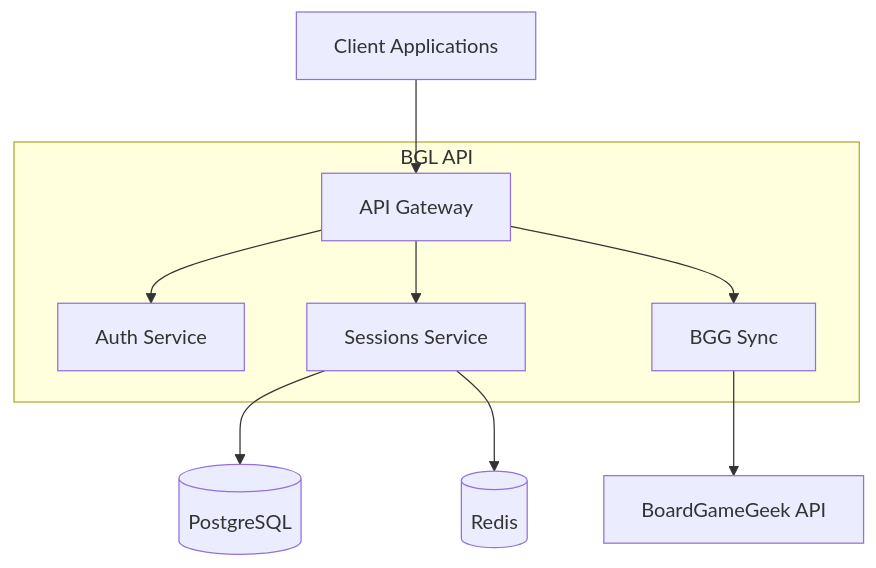
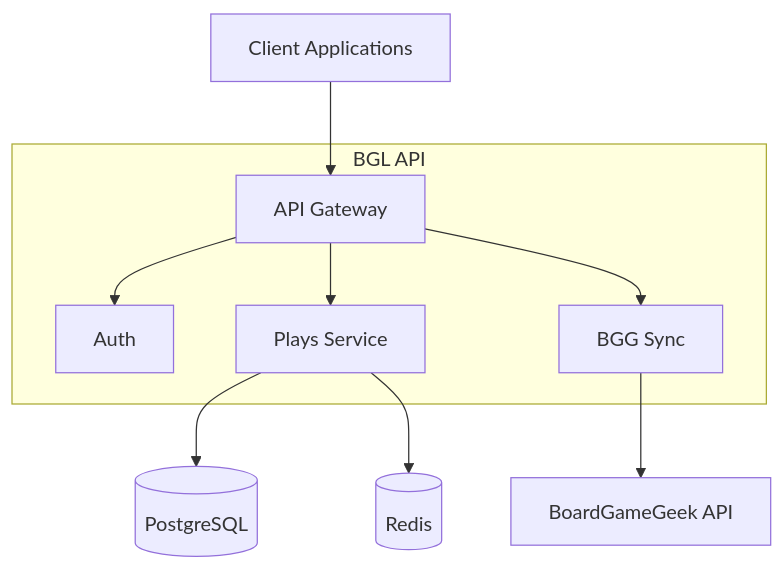
The diagram in docs/01-project-overview/01-vision.md (anddreyko/bgl-api), drawn with Mermaid before and after one commit. The commit also changed other lines of this file and 6 other files, not shown here.

````diff
--- a/docs/01-project-overview/01-vision.md
+++ b/docs/01-project-overview/01-vision.md
@@ -102,18 +102,18 @@
 ```mermaid
 graph TD
     A[Client Applications] --> B
 
     subgraph BGL API
         B[API Gateway]
-        C[Auth Service]
-        D[Sessions Service]
+        C[Auth]
+        D[Plays Service]
         E[BGG Sync]
         B --> C
         B --> D
         B --> E
     end
 
     D --> DB[(PostgreSQL)]
     E --> BGG[BoardGameGeek API]
     D --> Cache[(Redis)]
 ```
````
